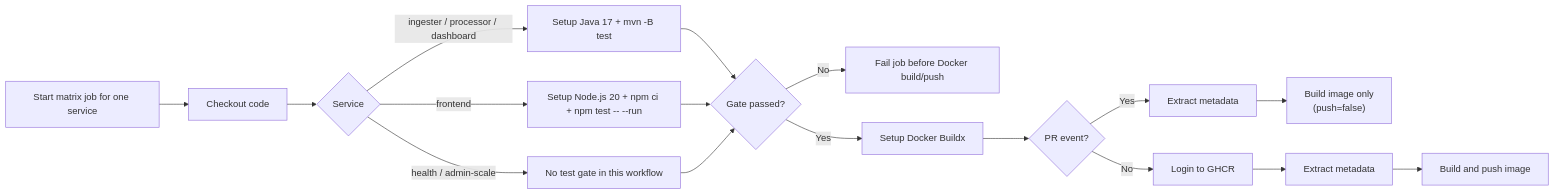
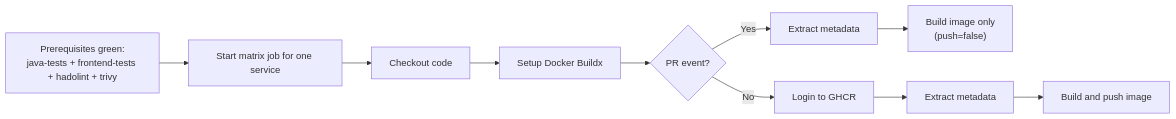
The second of 2 diagrams in docs/runbooks/ci-cd/ci-app.md (ClementV78/CloudRadar), drawn with Mermaid before and after one commit. The commit also changed other lines of this file and 3 other files, not shown here.

````diff
--- a/docs/runbooks/ci-cd/ci-app.md
+++ b/docs/runbooks/ci-cd/ci-app.md
@@ -243,24 +276,12 @@
 ```mermaid
 flowchart LR
-  S["Start matrix job for one service"] --> C["Checkout code"]
-  C --> K{"Service"}
-
-  K -->|"ingester / processor / dashboard"| JT["Setup Java 17 + mvn -B test"]
-
-  K -->|"frontend"| NT["Setup Node.js 20 + npm ci + npm test -- --run"]
-
-  K -->|"health / admin-scale"| SK["No test gate in this workflow"]
-
-  JT --> R{"Gate passed?"}
-  NT --> R
-  SK --> R
-
-  R -->|"No"| F["Fail job before Docker build/push"]
-  R -->|"Yes"| BX["Setup Docker Buildx"]
+  P["Prerequisites green:<br/>java-tests + frontend-tests + hadolint + trivy"] --> S["Start matrix job for one service"]
+  S --> C["Checkout code"]
+  C --> BX["Setup Docker Buildx"]
   BX --> L{"PR event?"}
   L -->|"Yes"| M1["Extract metadata"]
   M1 --> D1["Build image only<br/>(push=false)"]
   L -->|"No"| LG["Login to GHCR"]
   LG --> M2["Extract metadata"]
   M2 --> D2["Build and push image"]
 ```
````
